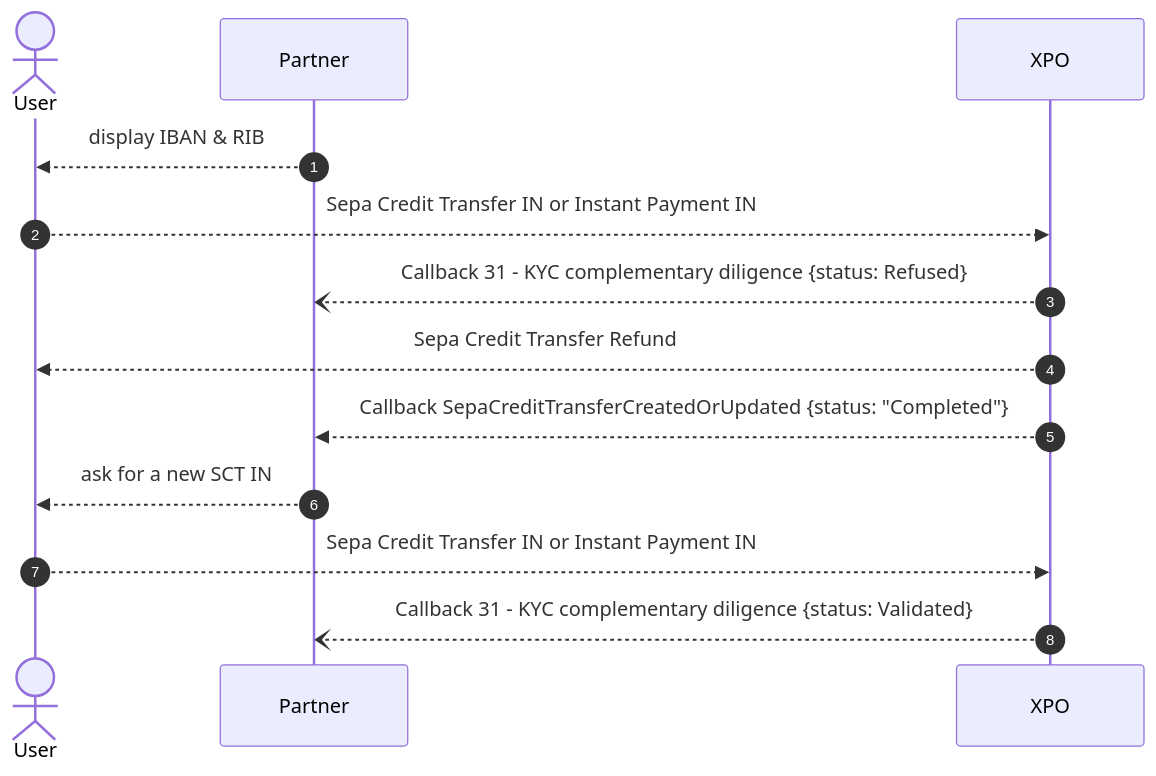
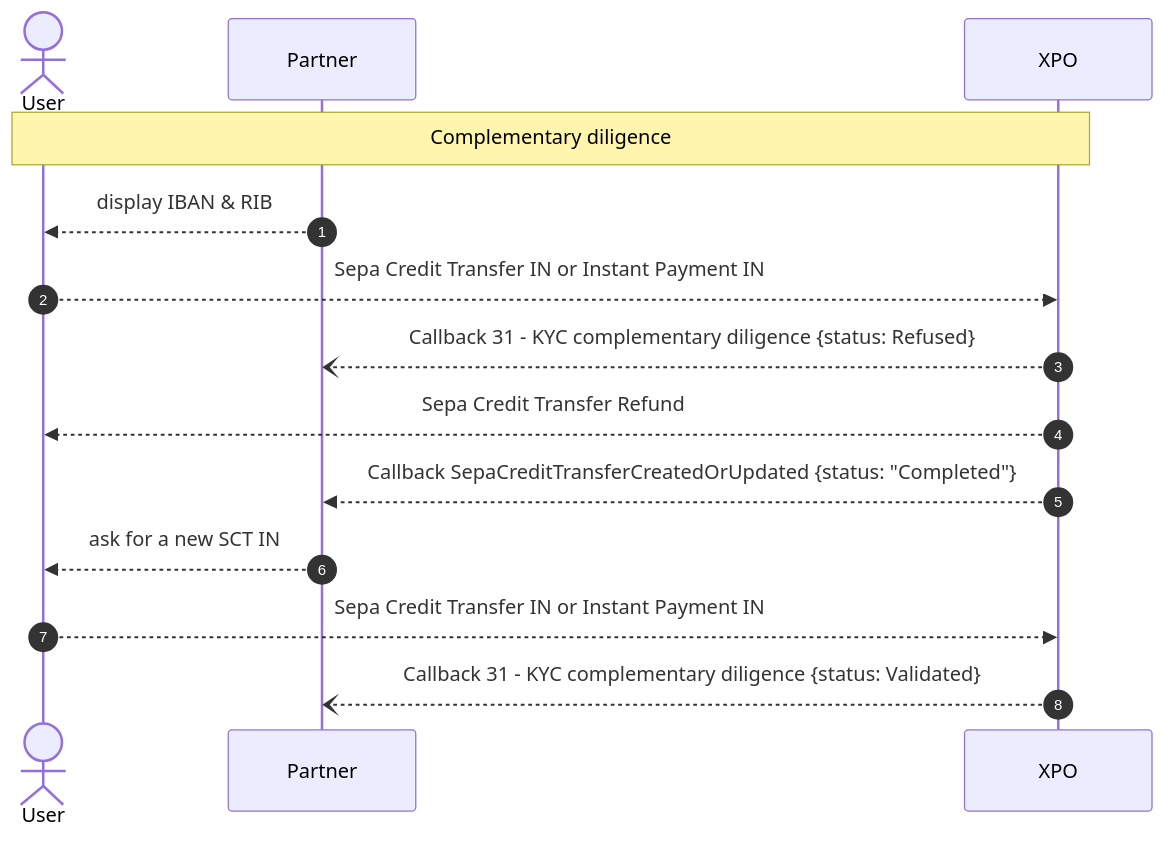
Diagram 11 of 12 in docs/usecases/individual_entrepreneur/individual_entrepreneur_KYB.md (pomme-clic/s-money-documentation), drawn with Mermaid before and after one commit. The commit also changed other lines of this file, not shown here.

````diff
--- a/docs/usecases/individual_entrepreneur/individual_entrepreneur_KYB.md
+++ b/docs/usecases/individual_entrepreneur/individual_entrepreneur_KYB.md
@@ -562,17 +565,19 @@
 ```mermaid
 sequenceDiagram
 autoNumber
 Actor User
 Participant Partner
 Participant XPO
+
+Note over User, XPO: Complementary diligence
 
 	Partner -->> User: display IBAN & RIB
     User -->> XPO: Sepa Credit Transfer IN or Instant Payment IN
 	XPO --) Partner : Callback 31 - KYC complementary diligence {status: Refused}
         XPO -->> User : Sepa Credit Transfer Refund
         XPO -->> Partner : Callback SepaCreditTransferCreatedOrUpdated {status: "Completed"}
 	Partner -->> User: ask for a new SCT IN 
     User -->> XPO: Sepa Credit Transfer IN or Instant Payment IN
 	XPO --) Partner : Callback 31 - KYC complementary diligence {status: Validated}
 
 ```
````
